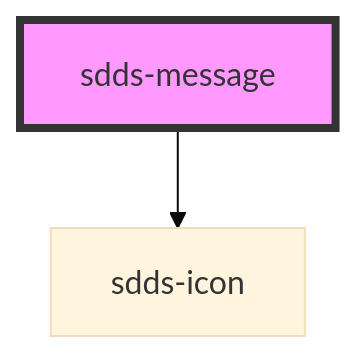
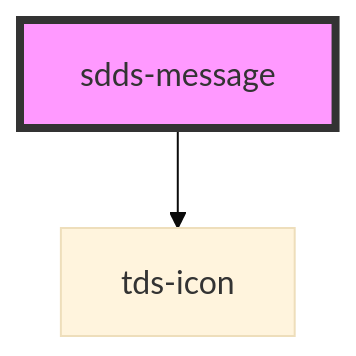
Before and after one commit to scania-digital-design-system/tegel: the diagram in core/src/components/message/readme.md, drawn with Mermaid (base theme). The commit also changed other lines of this file and 75 other files, not shown here.

````diff
--- a/core/src/components/message/readme.md
+++ b/core/src/components/message/readme.md
@@ -26,5 +26,5 @@
 ```mermaid
 graph TD;
-  sdds-message --> sdds-icon
+  sdds-message --> tds-icon
   style sdds-message fill:#f9f,stroke:#333,stroke-width:4px
 ```
````
